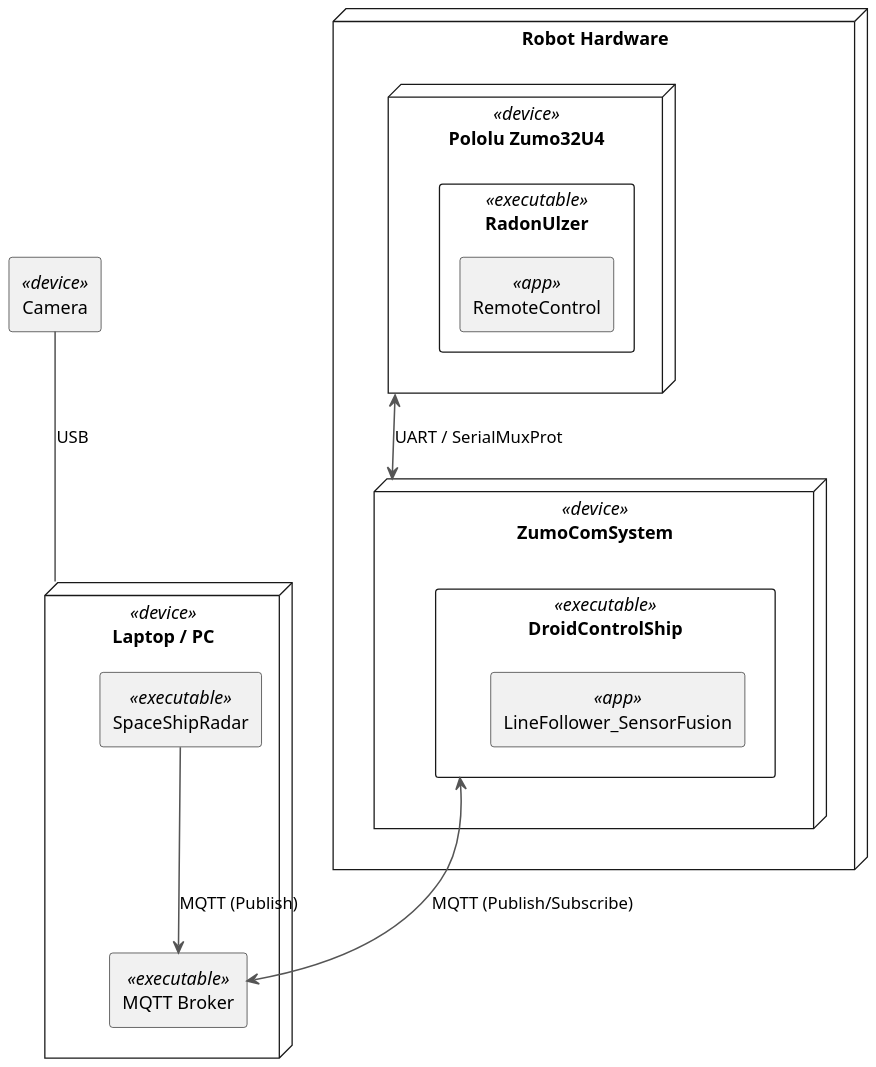
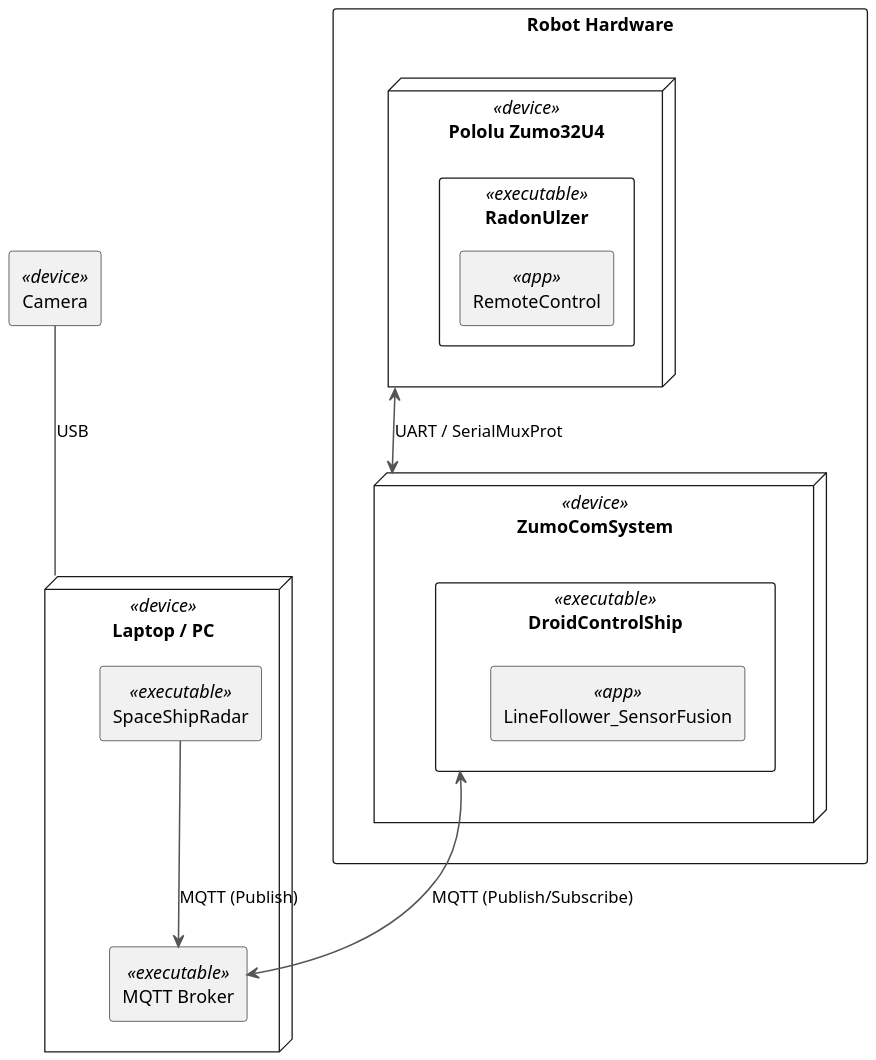
The diagram in doc/SensorFusion/architecture/DeploymentDiagram_RealWorld_SensorFusion.puml (BlueAndi/DroidControlShip), drawn with PlantUML before and after one commit.

Commit message:
changed from node to rectangle

```diff
--- a/doc/SensorFusion/architecture/DeploymentDiagram_RealWorld_SensorFusion.puml
+++ b/doc/SensorFusion/architecture/DeploymentDiagram_RealWorld_SensorFusion.puml
@@ -1,35 +1,35 @@
 @startuml ZumoReal_MQTT
 skinparam dpi 150
 skinparam componentStyle rectangle
 skinparam ArrowColor #555
 skinparam ArrowThickness 1.2
 skinparam defaultFontName Helvetica
 
 
 
-node "Robot Hardware" {
+rectangle "Robot Hardware" {
     node "ZumoComSystem" <<device>> as ZCS {
         component "DroidControlShip" <<executable>> as DCS {
             component "LineFollower_SensorFusion" <<app>> as LineFollowerApp
         }
     }
 
     node "Pololu Zumo32U4" <<device>> as ZUMO {
         component "RadonUlzer" <<executable>> as RadonUlzer {
             component "RemoteControl" <<app>> as RemoteControlApp
         }
     }
 }
 
 node "Laptop / PC" <<device>> as HOST {
     component "MQTT Broker" <<executable>> as BROKER
     component "SpaceShipRadar" <<executable>> as SSR
 }
 
 component "Camera" <<device>> as CAMERA
 
 ZUMO <--> ZCS : UART / SerialMuxProt
 DCS <--> BROKER : MQTT (Publish/Subscribe)
 SSR --> BROKER : MQTT (Publish)
 CAMERA -- HOST : USB
 @enduml
```
